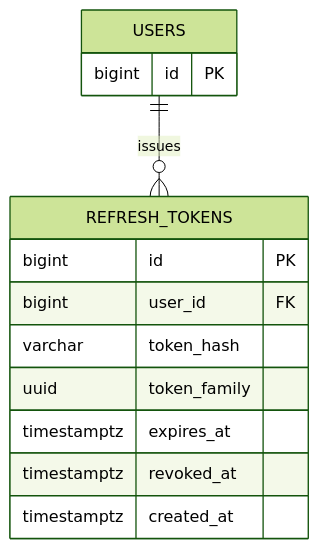
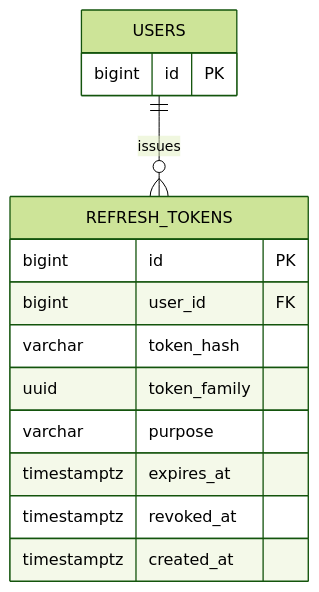
The diagram in docs/database/tables/refresh_tokens.md (mash-up-kr/Promise.9-Server), drawn with Mermaid (forest theme) before and after one commit. The commit also changed other lines of this file and 2 other files, not shown here.

````diff
--- a/docs/database/tables/refresh_tokens.md
+++ b/docs/database/tables/refresh_tokens.md
@@ -11,18 +13,19 @@
 ```mermaid
 erDiagram
   USERS ||--o{ REFRESH_TOKENS : issues
 
   USERS {
     bigint id PK
   }
 
   REFRESH_TOKENS {
     bigint id PK
     bigint user_id FK
     varchar token_hash
     uuid token_family
+    varchar purpose
     timestamptz expires_at
     timestamptz revoked_at
     timestamptz created_at
   }
 ```
````
